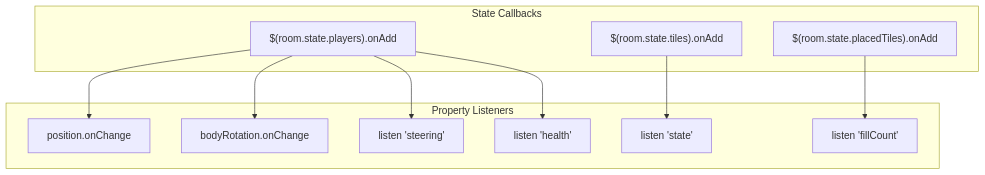
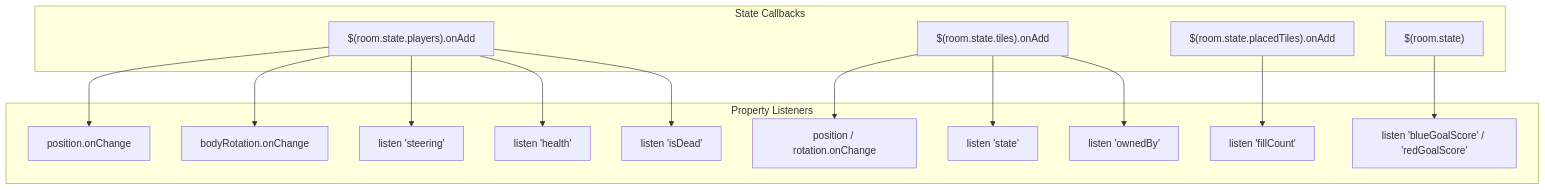
The ninth of 16 diagrams in docs/GAME_LOGIC.md (nguyenvanduocit/the-car-game), drawn with Mermaid before and after one commit. The commit also changed other lines of this file and 18 other files, not shown here.

````diff
--- a/docs/GAME_LOGIC.md
+++ b/docs/GAME_LOGIC.md
@@ -257,24 +269,33 @@
 ```mermaid
 graph TB
     subgraph Callbacks["State Callbacks"]
         players["$(room.state.players).onAdd"]
         tiles["$(room.state.tiles).onAdd"]
         placed["$(room.state.placedTiles).onAdd"]
+        root["$(room.state)"]
     end
 
     subgraph Listeners["Property Listeners"]
         pos["position.onChange"]
         rot["bodyRotation.onChange"]
         steer["listen 'steering'"]
         health["listen 'health'"]
+        dead["listen 'isDead'"]
+        tpos["position / rotation.onChange"]
         state["listen 'state'"]
+        owner["listen 'ownedBy'"]
         fill["listen 'fillCount'"]
+        goals["listen 'blueGoalScore' / 'redGoalScore'"]
     end
 
     players --> pos
     players --> rot
     players --> steer
     players --> health
+    players --> dead
+    tiles --> tpos
     tiles --> state
+    tiles --> owner
     placed --> fill
+    root --> goals
 ```
````
